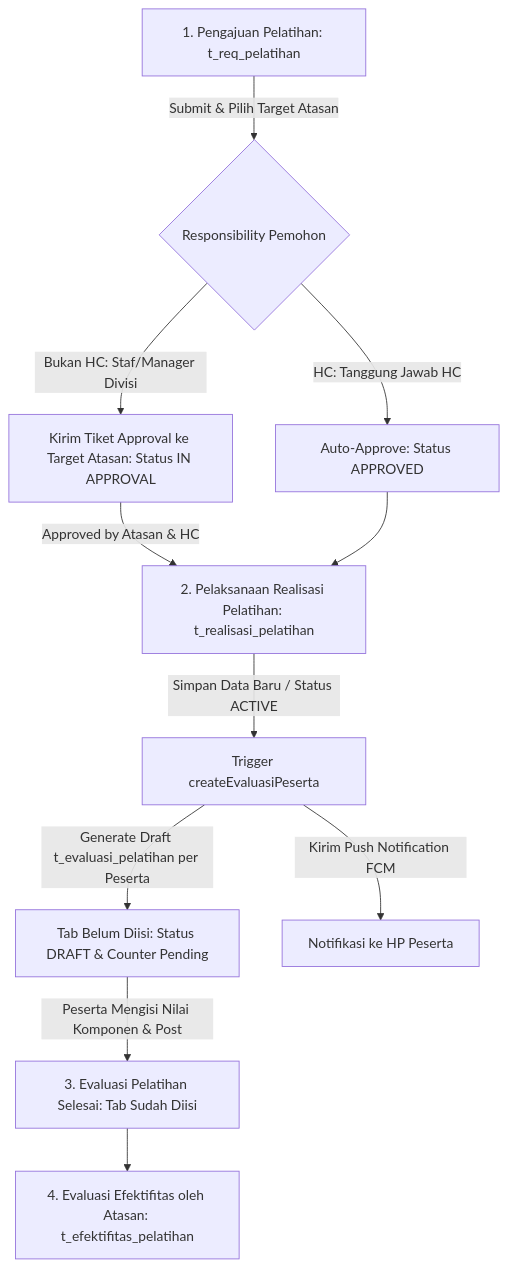
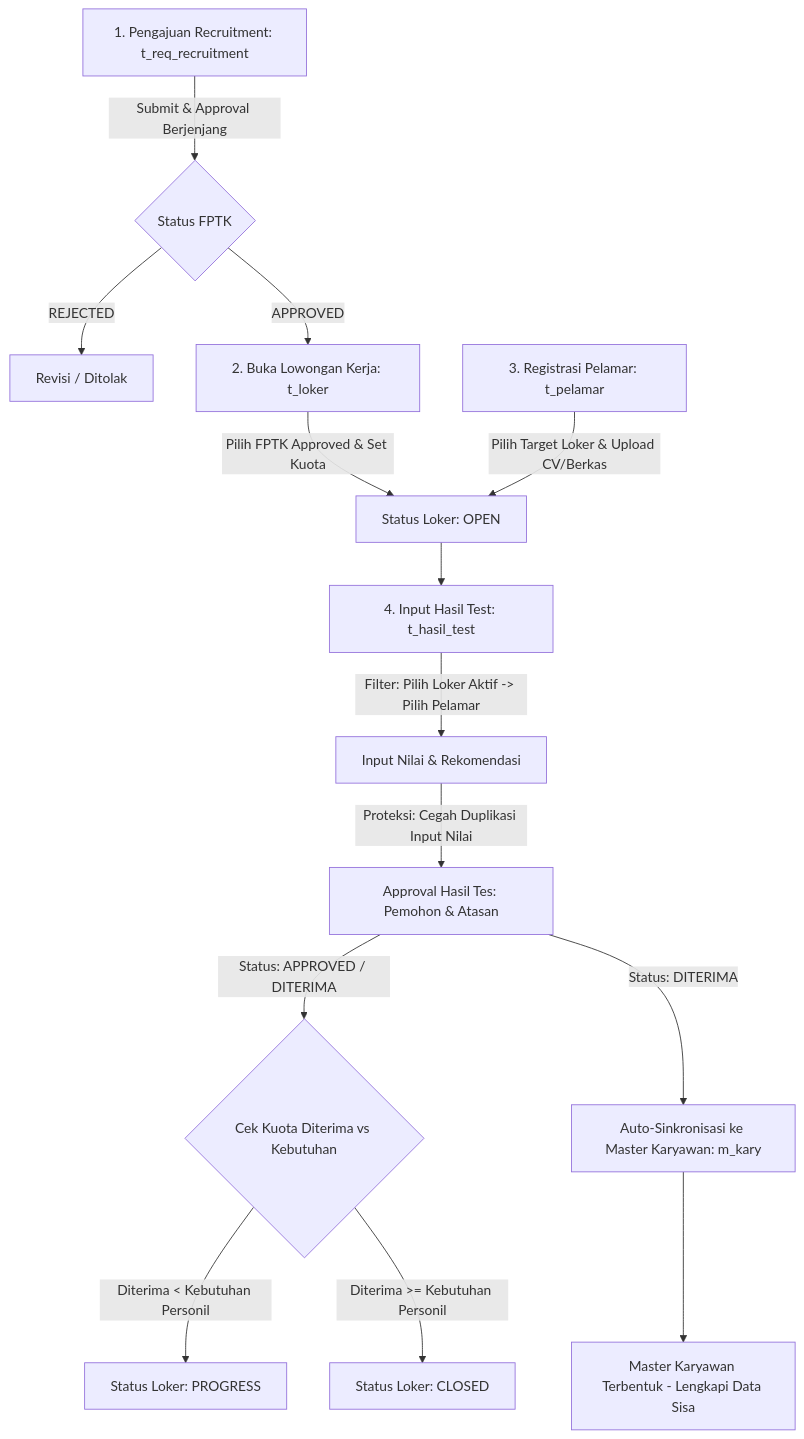
The diagram in JOBLIST.md (ReyCannavaroDev/hris-temprina-dev), drawn with Mermaid before and after one commit. The commit also changed other lines of this file, not shown here.

Commit message:
docs: update JOBLIST.md with recruitment module business flow and training feedback specifications

````diff
--- a/JOBLIST.md
+++ b/JOBLIST.md
@@ -17,13 +33,21 @@
 ```mermaid
 graph TD
-    A[1. Pengajuan Pelatihan: t_req_pelatihan] -->|Submit & Pilih Target Atasan| B{Responsibility Pemohon}
-    B -->|Bukan HC: Staf/Manager Divisi| C[Kirim Tiket Approval ke Target Atasan: Status IN APPROVAL]
-    B -->|HC: Tanggung Jawab HC| D[Auto-Approve: Status APPROVED]
-    C -->|Approved by Atasan & HC| E[2. Pelaksanaan Realisasi Pelatihan: t_realisasi_pelatihan]
-    D --> E
-    E -->|Simpan Data Baru / Status ACTIVE| F[Trigger createEvaluasiPeserta]
-    F -->|Generate Draft t_evaluasi_pelatihan per Peserta| G[Tab Belum Diisi: Status DRAFT & Counter Pending]
-    F -->|Kirim Push Notification FCM| H[Notifikasi ke HP Peserta]
-    G -->|Peserta Mengisi Nilai Komponen & Post| I[3. Evaluasi Pelatihan Selesai: Tab Sudah Diisi]
-    I --> J[4. Evaluasi Efektifitas oleh Atasan: t_efektifitas_pelatihan]
+    A[1. Pengajuan Recruitment: t_req_recruitment] -->|Submit & Approval Berjenjang| B{Status FPTK}
+    B -->|REJECTED| A1[Revisi / Ditolak]
+    B -->|APPROVED| C[2. Buka Lowongan Kerja: t_loker]
+    
+    C -->|Pilih FPTK Approved & Set Kuota| D[Status Loker: OPEN]
+    
+    E[3. Registrasi Pelamar: t_pelamar] -->|Pilih Target Loker & Upload CV/Berkas| D
+    
+    D --> F[4. Input Hasil Test: t_hasil_test]
+    F -->|Filter: Pilih Loker Aktif -> Pilih Pelamar| G[Input Nilai & Rekomendasi]
+    G -->|Proteksi: Cegah Duplikasi Input Nilai| H[Approval Hasil Tes: Pemohon & Atasan]
+    
+    H -->|Status: APPROVED / DITERIMA| I{Cek Kuota Diterima vs Kebutuhan}
+    I -->|Diterima < Kebutuhan Personil| J[Status Loker: PROGRESS]
+    I -->|Diterima >= Kebutuhan Personil| K[Status Loker: CLOSED]
+    
+    H -->|Status: DITERIMA| L[Auto-Sinkronisasi ke Master Karyawan: m_kary]
+    L --> M[Master Karyawan Terbentuk - Lengkapi Data Sisa]
 ```
````
